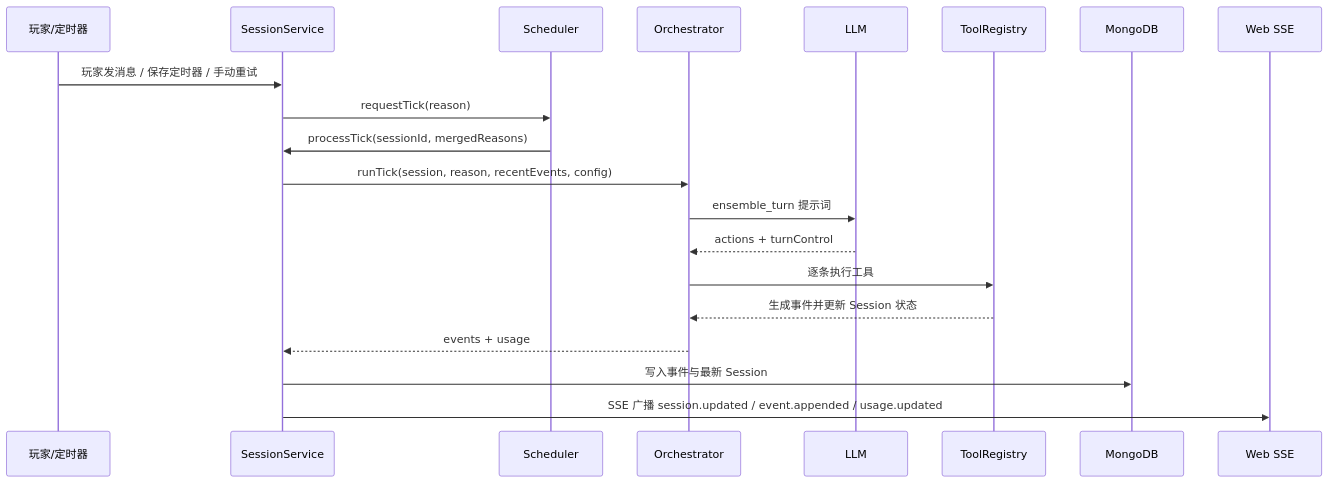
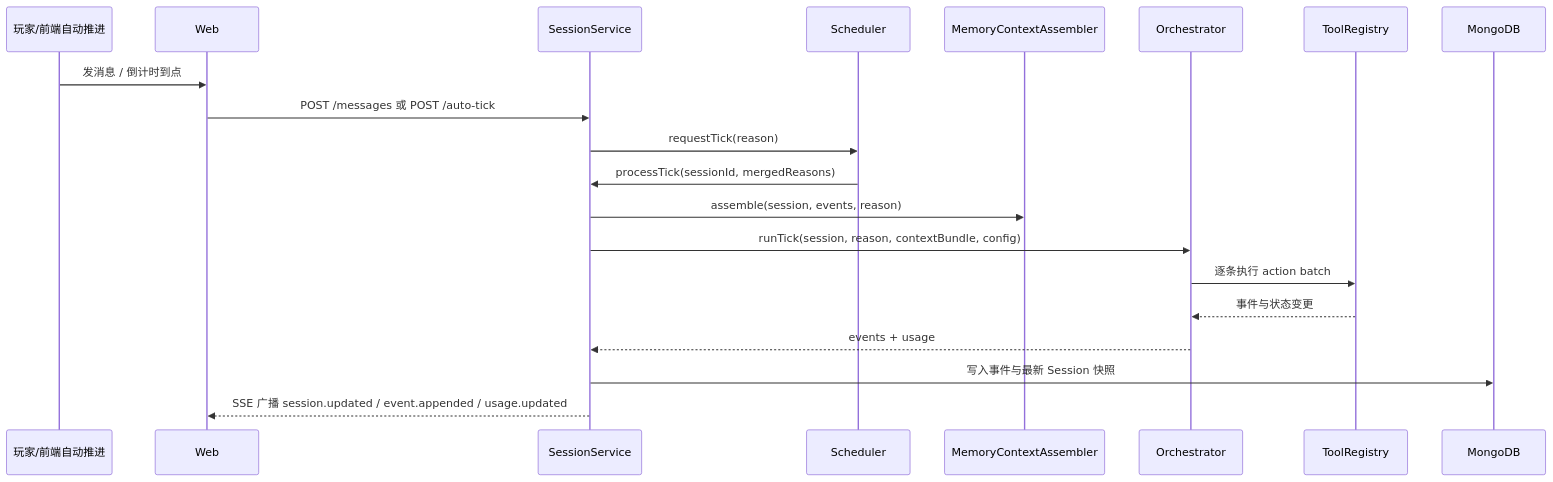
The third of 3 diagrams in doc/architecture.md (BobH233/DGLab-AI), drawn with Mermaid before and after one commit. The commit also changed other lines of this file and 7 other files, not shown here.

````diff
--- a/doc/architecture.md
+++ b/doc/architecture.md
@@ -94,23 +130,23 @@
 ```mermaid
 sequenceDiagram
-    participant U as 玩家/定时器
+    participant U as 玩家/前端自动推进
+    participant W as Web
     participant S as SessionService
     participant Q as Scheduler
+    participant C as MemoryContextAssembler
     participant O as Orchestrator
-    participant L as LLM
     participant T as ToolRegistry
     participant M as MongoDB
-    participant W as Web SSE
 
-    U->>S: 玩家发消息 / 保存定时器 / 手动重试
+    U->>W: 发消息 / 倒计时到点
+    W->>S: POST /messages 或 POST /auto-tick
     S->>Q: requestTick(reason)
     Q->>S: processTick(sessionId, mergedReasons)
-    S->>O: runTick(session, reason, recentEvents, config)
-    O->>L: ensemble_turn 提示词
-    L-->>O: actions + turnControl
-    O->>T: 逐条执行工具
-    T-->>O: 生成事件并更新 Session 状态
+    S->>C: assemble(session, events, reason)
+    S->>O: runTick(session, reason, contextBundle, config)
+    O->>T: 逐条执行 action batch
+    T-->>O: 事件与状态变更
     O-->>S: events + usage
-    S->>M: 写入事件与最新 Session
-    S->>W: SSE 广播 session.updated / event.appended / usage.updated
+    S->>M: 写入事件与最新 Session 快照
+    S-->>W: SSE 广播 session.updated / event.appended / usage.updated
 ```
````
